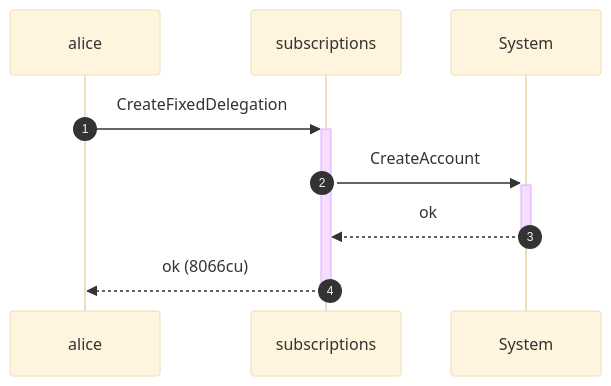
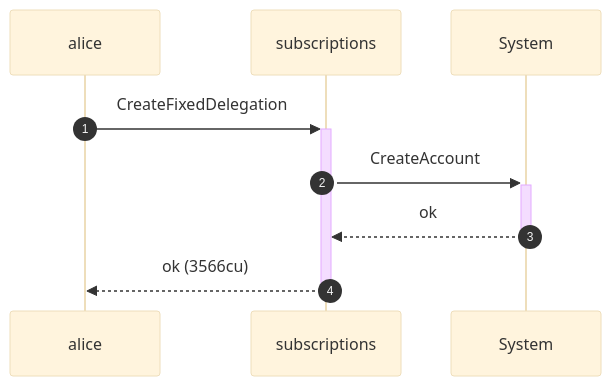
The sixth of 12 diagrams in dsl_tests/a-sponsor-can-revoke-an-expired-fixed-delegation.md (cds-rs/subscriptions), drawn with Mermaid (base theme) before and after one commit. The commit also changed other lines of this file and 224 other files, not shown here.

````diff
--- a/dsl_tests/a-sponsor-can-revoke-an-expired-fixed-delegation.md
+++ b/dsl_tests/a-sponsor-can-revoke-an-expired-fixed-delegation.md
@@ -117,11 +123,11 @@
 ```mermaid
 sequenceDiagram
     autonumber
     participant alice
     participant subscriptions
     participant System
     alice ->>+ subscriptions: CreateFixedDelegation
     subscriptions ->>+ System: CreateAccount
     System -->>- subscriptions: ok
-    subscriptions -->>- alice: ok (8066cu)
+    subscriptions -->>- alice: ok (3566cu)
 ```
````
